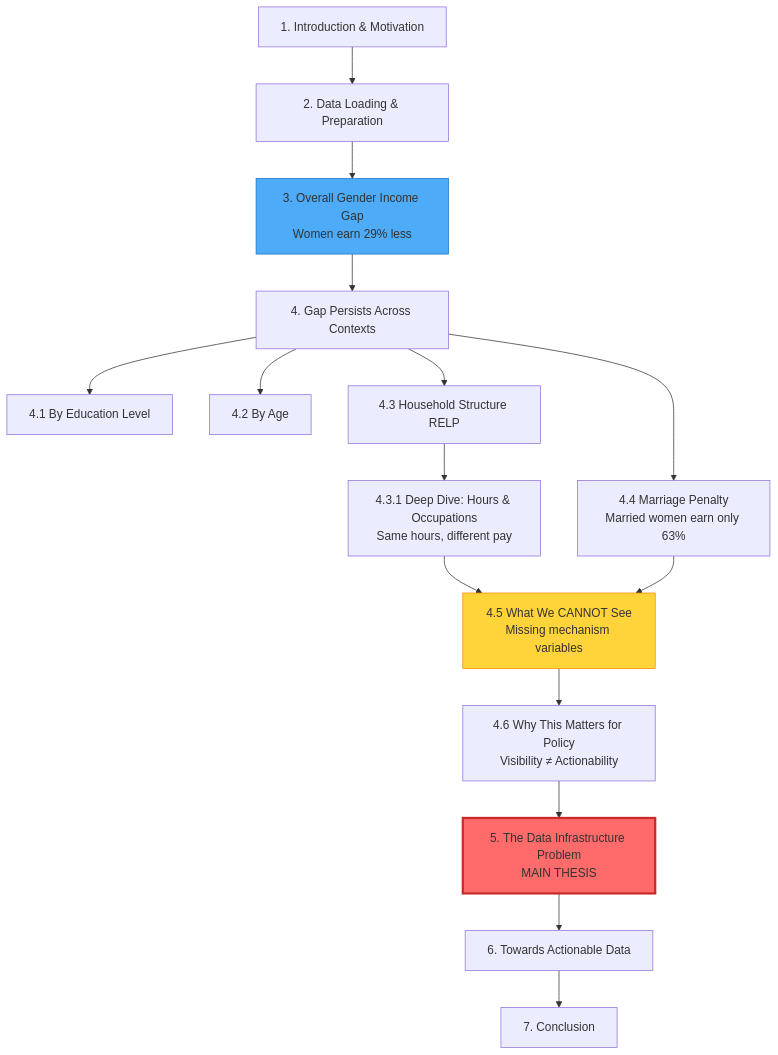
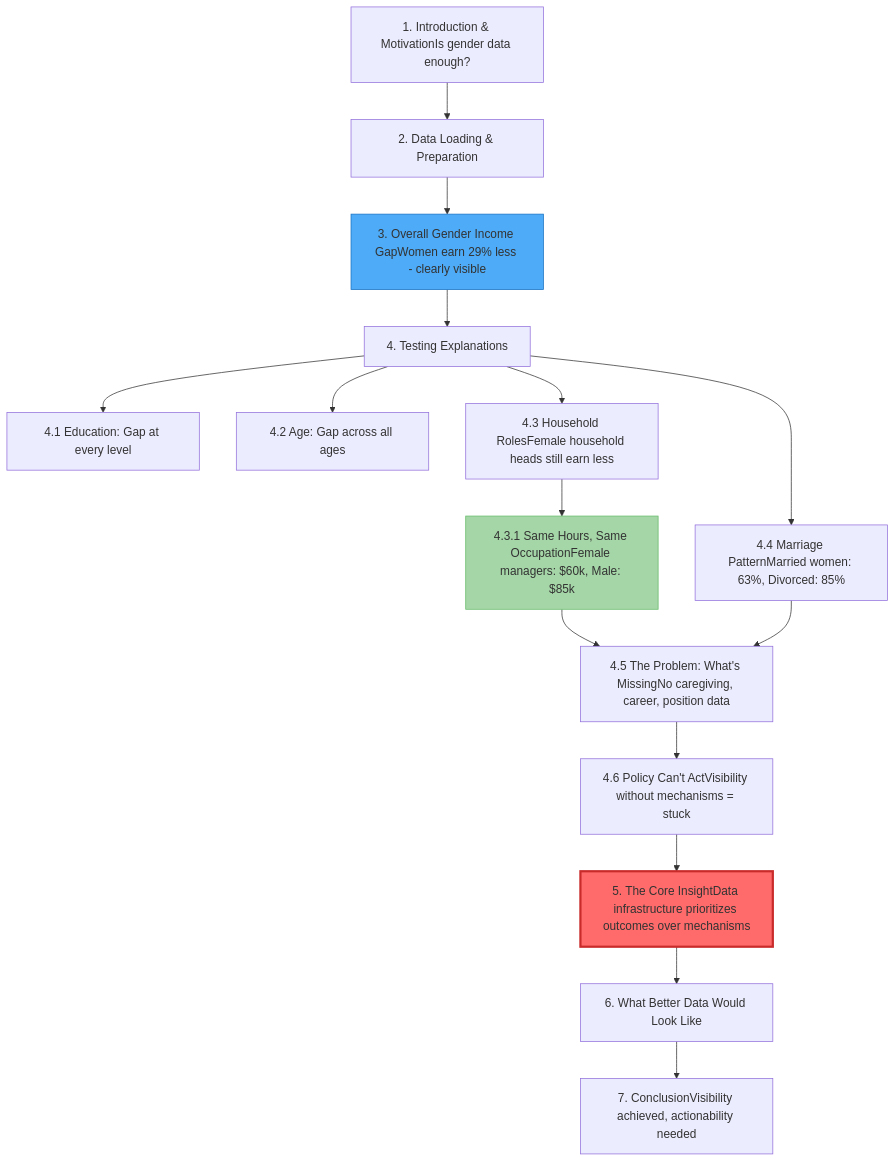
The diagram in README.md (harshatha-prasanna/gender_data_bias), drawn with Mermaid before and after one commit. The commit also changed 1 other file, not shown here.

Commit message:
new readme

````diff
--- a/README.md
+++ b/README.md
@@ -26,21 +26,21 @@
 ```mermaid
 graph TD
-    A[1. Introduction & Motivation] --> B[2. Data Loading & Preparation]
-    B --> C[3. Overall Gender Income Gap<br/>Women earn 29% less]
-    C --> D[4. Gap Persists Across Contexts]
-    D --> E[4.1 By Education Level]
-    D --> F[4.2 By Age]
-    D --> G[4.3 Household Structure RELP]
-    G --> H[4.3.1 Deep Dive: Hours & Occupations<br/>Same hours, different pay]
-    D --> I[4.4 Marriage Penalty<br/>Married women earn only 63%]
-    H --> J[4.5 What We CANNOT See<br/>Missing mechanism variables]
+    A[1. Introduction & MotivationIs gender data enough?] --> B[2. Data Loading & Preparation]
+    B --> C[3. Overall Gender Income GapWomen earn 29% less - clearly visible]
+    C --> D[4. Testing Explanations]
+    D --> E[4.1 Education: Gap at every level]
+    D --> F[4.2 Age: Gap across all ages]
+    D --> G[4.3 Household RolesFemale household heads still earn less]
+    G --> H[4.3.1 Same Hours, Same OccupationFemale managers: $60k, Male: $85k]
+    D --> I[4.4 Marriage PatternMarried women: 63%, Divorced: 85%]
+    H --> J[4.5 The Problem: What's MissingNo caregiving, career, position data]
     I --> J
-    J --> K[4.6 Why This Matters for Policy<br/>Visibility ≠ Actionability]
-    K --> L[5. The Data Infrastructure Problem<br/>MAIN THESIS]
-    L --> M[6. Towards Actionable Data]
-    M --> N[7. Conclusion]
+    J --> K[4.6 Policy Can't ActVisibility without mechanisms = stuck]
+    K --> L[5. The Core InsightData infrastructure prioritizes outcomes over mechanisms]
+    L --> M[6. What Better Data Would Look Like]
+    M --> N[7. ConclusionVisibility achieved, actionability needed]
     
     style L fill:#ff6b6b,stroke:#c92a2a,stroke-width:3px
     style C fill:#4dabf7,stroke:#1971c2
-    style J fill:#ffd43b,stroke:#f08c00
+    style H fill:#a5d6a7,stroke:#66bb6a
 ```
````
